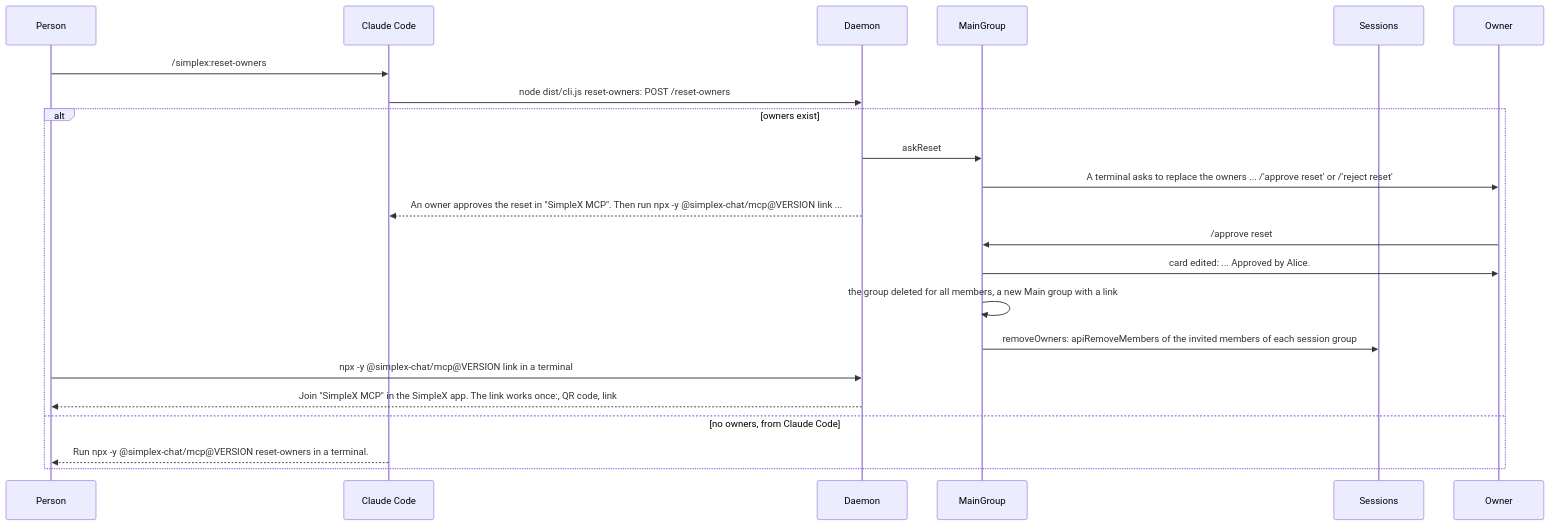
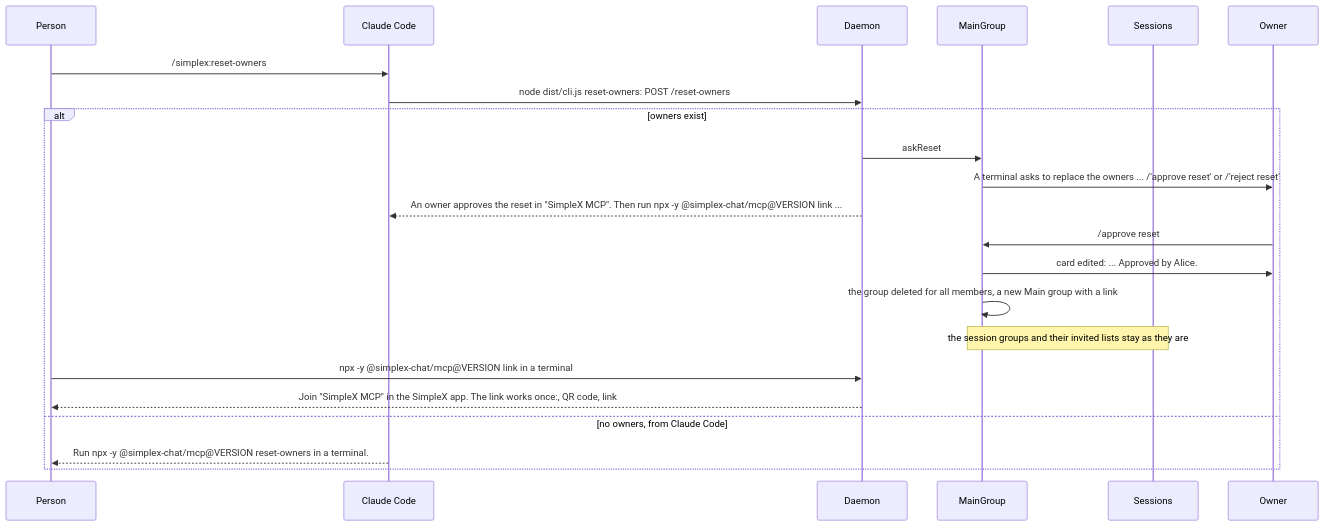
One commit to simplex-chat/simplex-chat changed diagram 25 of 30 in packages/simplex-chat-mcp/spec/flows.md. Above: the diagram before and after it, drawn with Mermaid. The commit also changed other lines of this file and 3 other files, not shown here.

First line of the commit message:
mcp: spec of a reset of the owners that keeps the session groups

````diff
--- a/packages/simplex-chat-mcp/spec/flows.md
+++ b/packages/simplex-chat-mcp/spec/flows.md
@@ -1093,24 +1093,24 @@
 ```mermaid
 sequenceDiagram
   participant P as Person
   participant CC as Claude Code
   participant D as Daemon
   participant M as MainGroup
   participant N as Sessions
   participant O as Owner
   P->>CC: /simplex:reset-owners
   CC->>D: node dist/cli.js reset-owners: POST /reset-owners
   alt owners exist
     D->>M: askReset
     M->>O: A terminal asks to replace the owners ... /'approve reset' or /'reject reset'
     D-->>CC: An owner approves the reset in "SimpleX MCP". Then run npx -y @simplex-chat/mcp@VERSION link ...
     O->>M: /approve reset
     M->>O: card edited: ... Approved by Alice.
     M->>M: the group deleted for all members, a new Main group with a link
-    M->>N: removeOwners: apiRemoveMembers of the invited members of each session group
+    Note over M,N: the session groups and their invited lists stay as they are
     P->>D: npx -y @simplex-chat/mcp@VERSION link in a terminal
     D-->>P: Join "SimpleX MCP" in the SimpleX app. The link works once:, QR code, link
   else no owners, from Claude Code
     CC-->>P: Run npx -y @simplex-chat/mcp@VERSION reset-owners in a terminal.
   end
 ```
````
